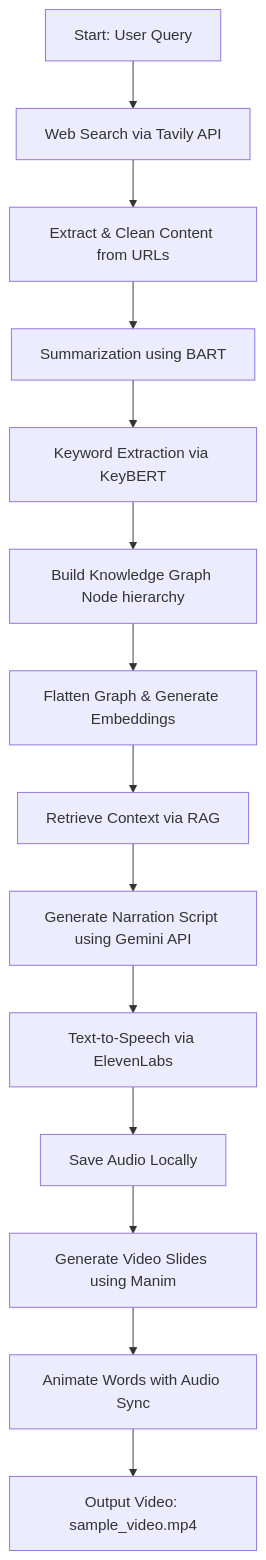
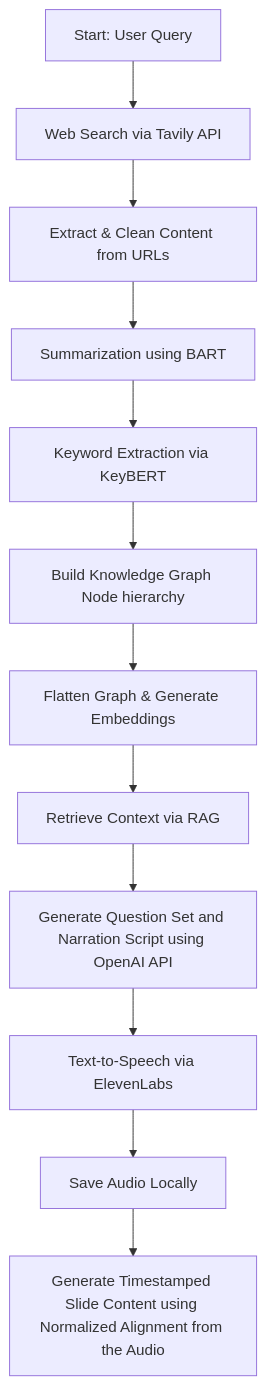
Before and after one commit to rachitbhandarii/klaro: the diagram in README.md, drawn with Mermaid. The commit also changed other lines of this file, not shown here.

````diff
--- a/README.md
+++ b/README.md
@@ -37,17 +33,15 @@
 ```mermaid
 flowchart TD
     A[Start: User Query] --> B[Web Search via Tavily API]
     B --> C[Extract & Clean Content from URLs]
     C --> D[Summarization using BART]
     D --> E[Keyword Extraction via KeyBERT]
     E --> F[Build Knowledge Graph Node hierarchy]
     F --> G[Flatten Graph & Generate Embeddings]
     G --> H[Retrieve Context via RAG]
-    H --> I[Generate Narration Script using Gemini API]
+    H --> I[Generate Question Set and Narration Script using OpenAI API]
     I --> J[Text-to-Speech via ElevenLabs]
     J --> K[Save Audio Locally]
-    K --> L[Generate Video Slides using Manim]
-    L --> M[Animate Words with Audio Sync]
-    M --> N[Output Video: sample_video.mp4]
+    K --> L[Generate Timestamped Slide Content using Normalized Alignment from the Audio]
 
 ```
````
